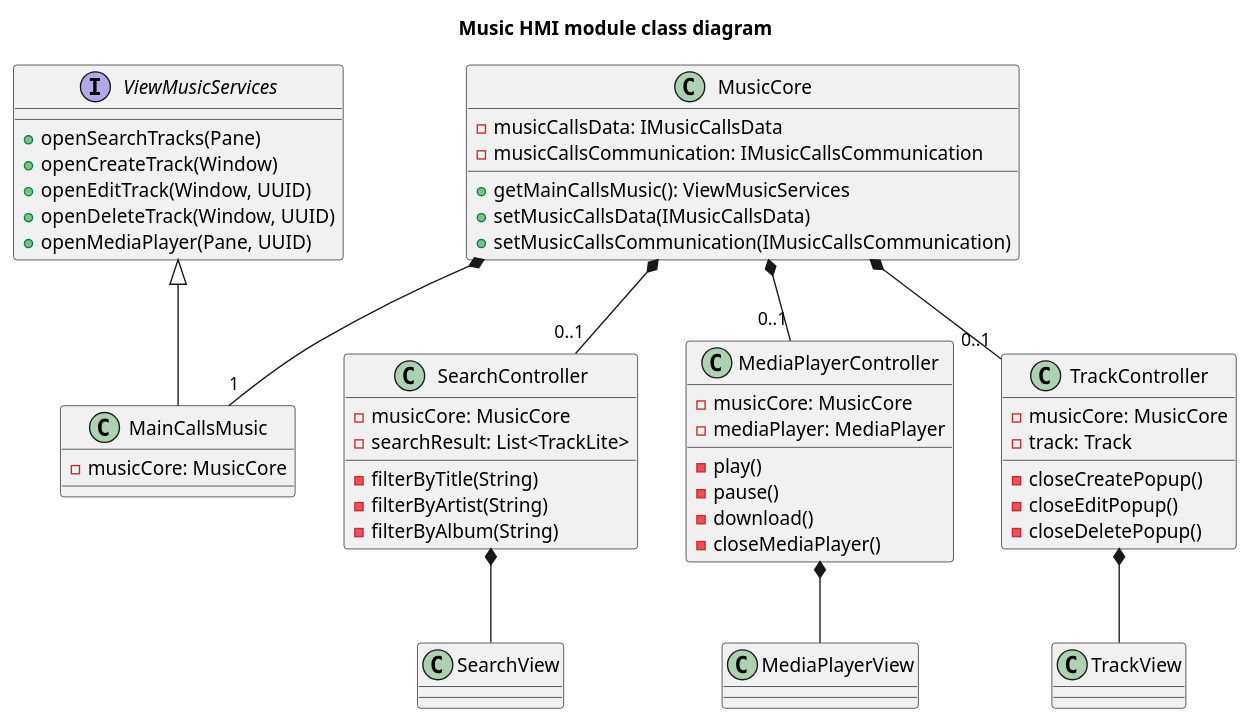
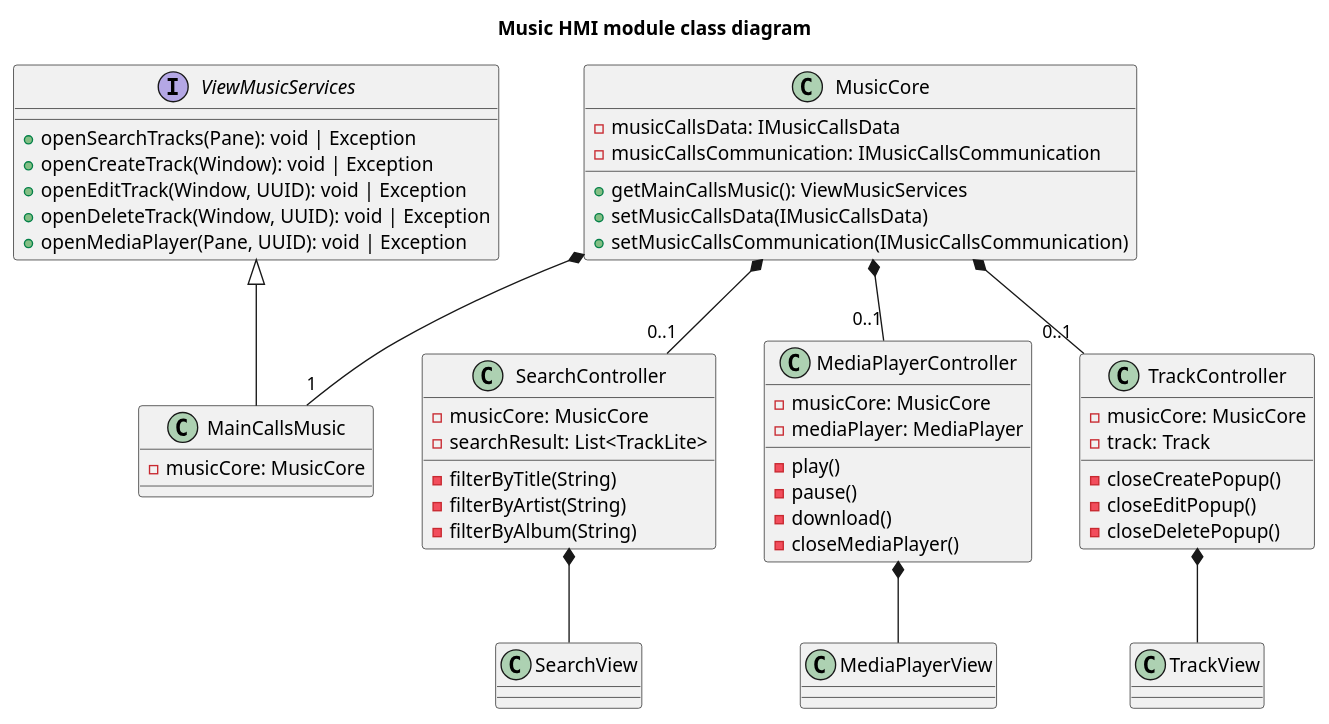
One commit to UTCAI12/Diagrams changed the diagram in class/hmi_music.puml. Above: the diagram before and after it, drawn with PlantUML. The commit also changed 5 other files, not shown here.

```diff
--- a/class/hmi_music.puml
+++ b/class/hmi_music.puml
@@ -1,96 +1,96 @@
 @startuml Music HMI module class diagram
 title Music HMI module class diagram
 
 interface ViewMusicServices  {
-    + openSearchTracks(Pane)
-    + openCreateTrack(Window)
-    + openEditTrack(Window, UUID)
-    + openDeleteTrack(Window, UUID)
-    + openMediaPlayer(Pane, UUID)
+    + openSearchTracks(Pane): void | Exception
+    + openCreateTrack(Window): void | Exception
+    + openEditTrack(Window, UUID): void | Exception
+    + openDeleteTrack(Window, UUID): void | Exception
+    + openMediaPlayer(Pane, UUID): void | Exception
 }
 
 class MainCallsMusic {
     - musicCore: MusicCore
 }
 
 class MusicCore {
     - musicCallsData: IMusicCallsData
     - musicCallsCommunication: IMusicCallsCommunication
     + getMainCallsMusic(): ViewMusicServices 
     + setMusicCallsData(IMusicCallsData)
     + setMusicCallsCommunication(IMusicCallsCommunication)
 }
 
 class SearchController {
     - musicCore: MusicCore
     - searchResult: List<TrackLite>
     - filterByTitle(String)
     - filterByArtist(String)
     - filterByAlbum(String)
 }
 
 class SearchView {
 
 }
 
 class MediaPlayerController {
     - musicCore: MusicCore
     - mediaPlayer: MediaPlayer
     - play()
     - pause()
     - download()
     - closeMediaPlayer()
 }
 
 class MediaPlayerView {
 
 }
 
 class TrackController {
     - musicCore: MusicCore
     - track: Track
     - closeCreatePopup()
     - closeEditPopup()
     - closeDeletePopup()
 }
 
 class TrackView {
 
 }
 
 ' class PropertyChangeListener {
 
 ' }
 ' note top of PropertyChangeListener: Classe responsable de mettre en place les\nréactions aux événements du module Data.
 
 ' class PLCTrackList {
 '     + onNewTracks()
 '     + onTrackDeleted(Track)
 '     + onTrackUpdated(Track)
 ' }
 
 ' class PLCTrack {
 '     + onNewTrack(Track)
 '     + onTrackUpdated(Track)
 '     + onTrackDownloaded(Track)
 '     + onTrackReadyToPlay(Track)
 '     + onNewComment(Comment)
 '     + onNewRating(Rating)
 ' }
 
 ' PropertyChangeListener <|-- PLCTrackList
 ' PropertyChangeListener <|-- PLCTrack
 
 ViewMusicServices  <|-- MainCallsMusic
 
 MusicCore *-- "1" MainCallsMusic
 
 MusicCore *-- "0..1" SearchController
 MusicCore *-- "0..1" MediaPlayerController
 MusicCore *-- "0..1" TrackController
 
 SearchController *-- SearchView
 MediaPlayerController *-- MediaPlayerView
 TrackController *-- TrackView
 
 @enduml
```
